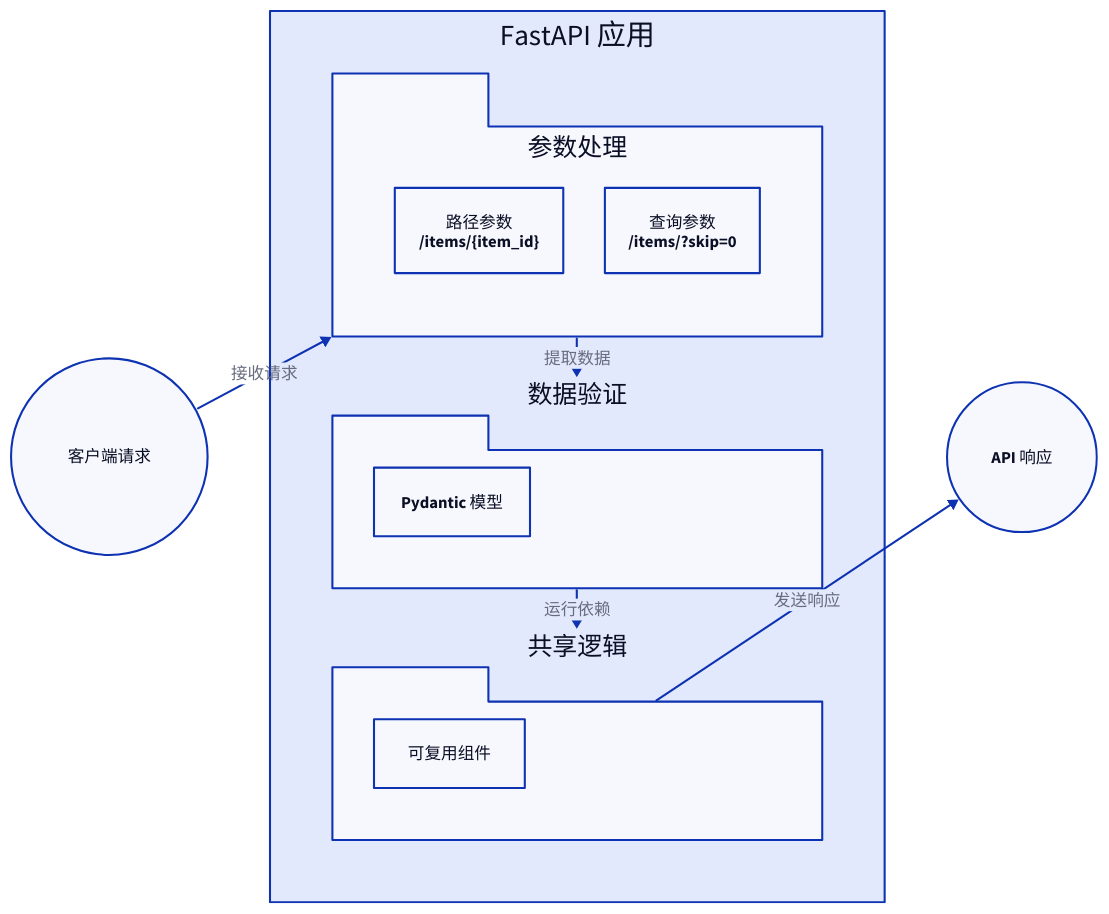
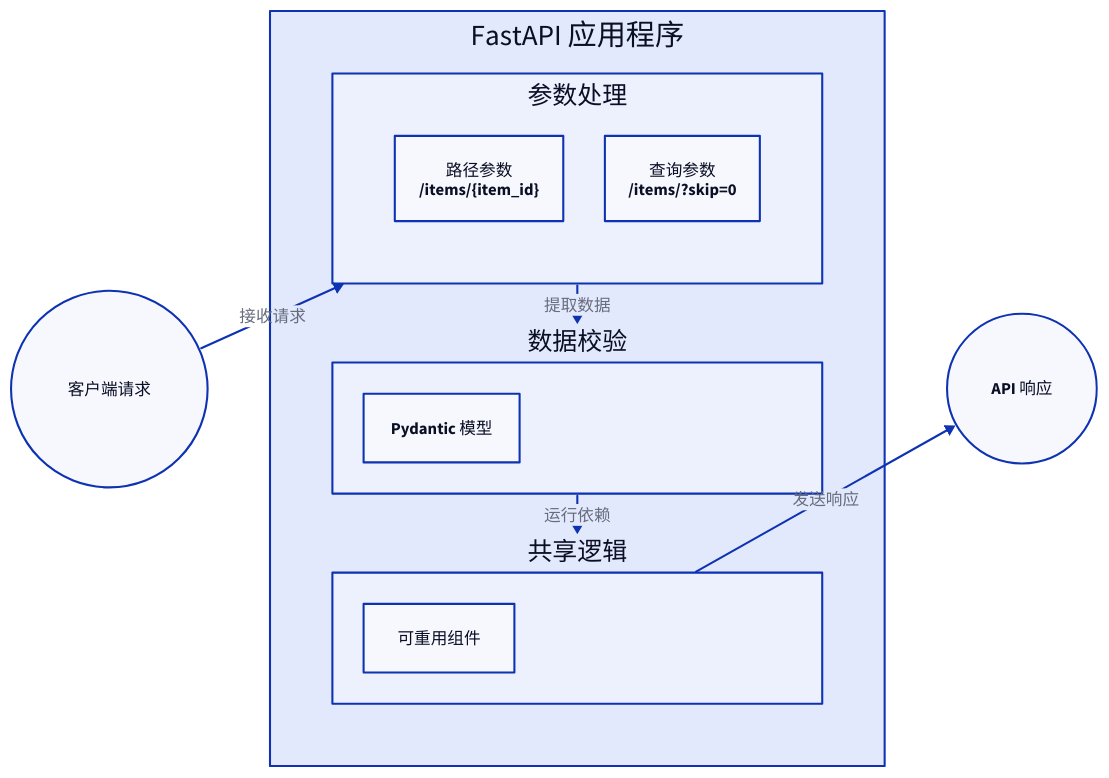
The diagram in .aigne/doc-smith/docs/user-guide.zh.md (lban2049/fastapi), drawn with D2 before and after one commit. The commit also changed other lines of this file and 42 other files, not shown here.

````diff
--- a/.aigne/doc-smith/docs/user-guide.zh.md
+++ b/.aigne/doc-smith/docs/user-guide.zh.md
@@ -9,43 +9,49 @@
 ```d2
 direction: down
 
-"客户端请求" {
+Client-Request: {
+  label: "客户端请求"
   shape: circle
 }
 
-"FastAPI 应用" {
+FastAPI-Application: {
+  label: "FastAPI 应用程序"
   shape: rectangle
   grid-columns: 1
 
-  "参数处理" {
-    shape: package
+  Parameter-Handling: {
+    label: "参数处理"
+    shape: rectangle
     grid-columns: 2
 
-    "路径参数": {
+    Path-Parameters: {
       label: "路径参数\n/items/{item_id}"
     }
-    "查询参数": {
+    Query-Parameters: {
       label: "查询参数\n/items/?skip=0"
     }
   }
 
-  "数据验证" {
-    shape: package
-    "请求体": "Pydantic 模型"
+  Data-Validation: {
+    label: "数据校验"
+    shape: rectangle
+    Request-Body: "Pydantic 模型"
   }
 
-  "共享逻辑" {
-    shape: package
-    "依赖注入": "可复用组件"
+  Shared-Logic: {
+    label: "共享逻辑"
+    shape: rectangle
+    Dependency-Injection: "可重用组件"
   }
 }
 
-"API 响应" {
+API-Response: {
+  label: "API 响应"
   shape: circle
 }
 
-"客户端请求" -> "FastAPI 应用"."参数处理": "接收请求"
-"FastAPI 应用"."参数处理" -> "FastAPI 应用"."数据验证": "提取数据"
-"FastAPI 应用"."数据验证" -> "FastAPI 应用"."共享逻辑": "运行依赖"
-"FastAPI 应用"."共享逻辑" -> "API 响应": "发送响应"
+Client-Request -> FastAPI-Application.Parameter-Handling: "接收请求"
+FastAPI-Application.Parameter-Handling -> FastAPI-Application.Data-Validation: "提取数据"
+FastAPI-Application.Data-Validation -> FastAPI-Application.Shared-Logic: "运行依赖"
+FastAPI-Application.Shared-Logic -> API-Response: "发送响应"
 ```
````
